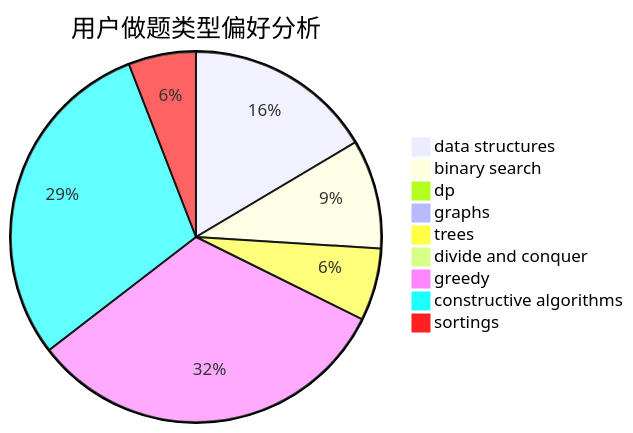
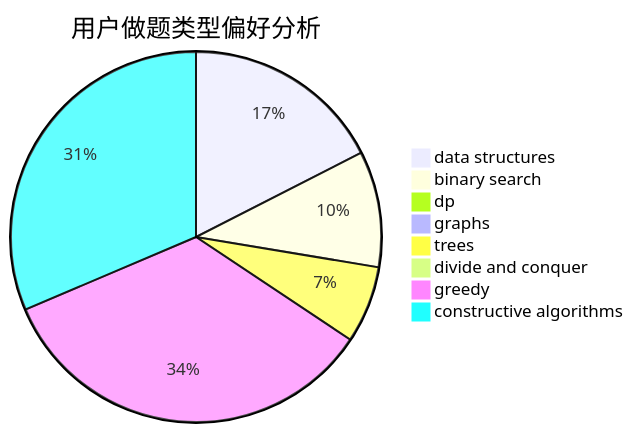
Before and after one commit to sherpahu/cfrs.github.io: the second of 3 diagrams in docs/user/u433.md, drawn with Mermaid. The commit also changed other lines of this file and 2769 other files, not shown here.

````diff
--- a/docs/user/u433.md
+++ b/docs/user/u433.md
@@ -18,12 +18,11 @@
 ```mermaid
 pie title 用户做题类型偏好分析
     "data structures" :  190
     "binary search" :  110
     "dp" :  1
     "graphs" :  0
     "trees" :  73
     "divide and conquer" :  9
     "greedy" :  372
     "constructive algorithms" :  341
-    "sortings" :  68
 ```
````
